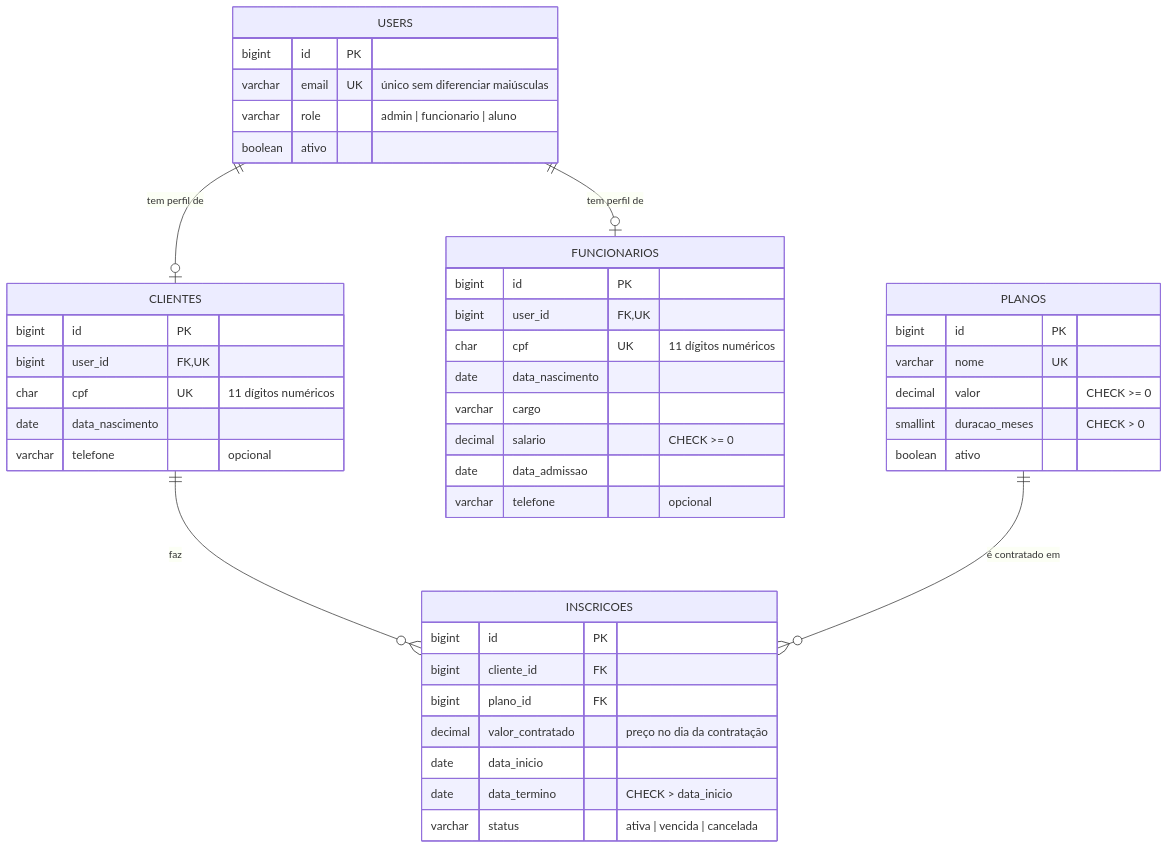
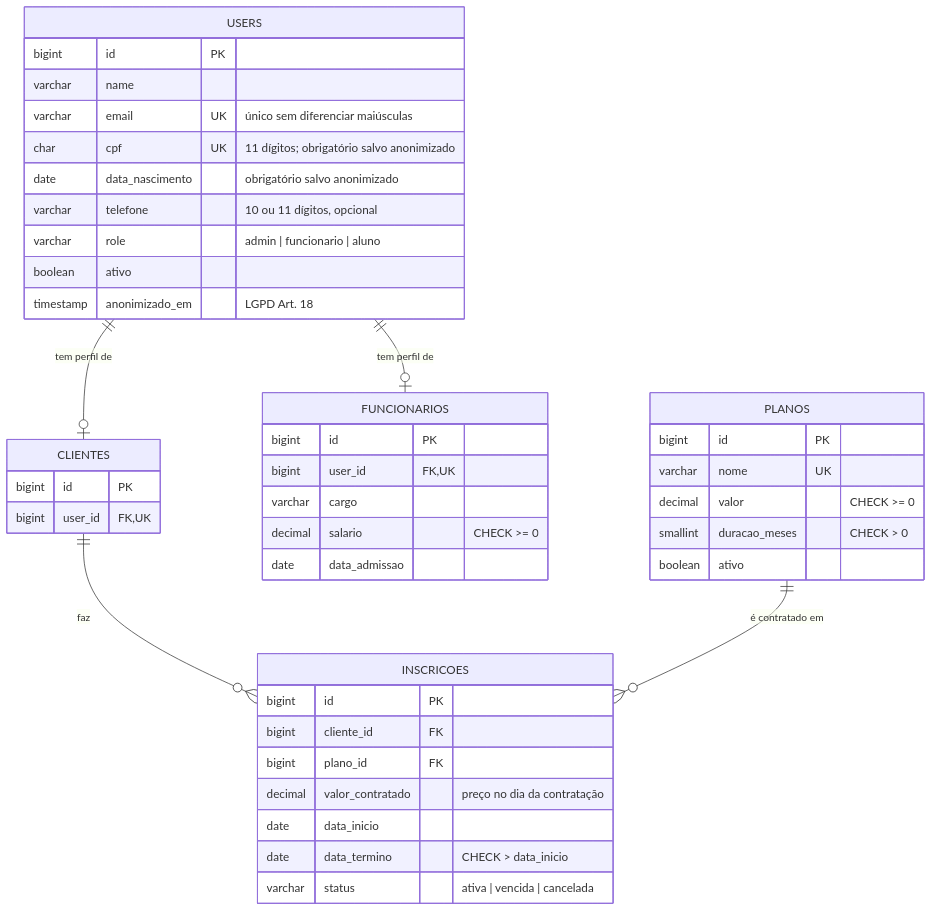
Before and after one commit to Gustalluis/FitnessFusion: the diagram in docs/modelo-dados.md, drawn with Mermaid. The commit also changed other lines of this file and 17 other files, not shown here.

````diff
--- a/docs/modelo-dados.md
+++ b/docs/modelo-dados.md
@@ -11,47 +11,46 @@
 ```mermaid
 erDiagram
     USERS ||--o| CLIENTES : "tem perfil de"
     USERS ||--o| FUNCIONARIOS : "tem perfil de"
     CLIENTES ||--o{ INSCRICOES : "faz"
     PLANOS ||--o{ INSCRICOES : "é contratado em"
 
     USERS {
         bigint id PK
+        varchar name
         varchar email UK "único sem diferenciar maiúsculas"
+        char cpf UK "11 dígitos; obrigatório salvo anonimizado"
+        date data_nascimento "obrigatório salvo anonimizado"
+        varchar telefone "10 ou 11 dígitos, opcional"
         varchar role "admin | funcionario | aluno"
         boolean ativo
+        timestamp anonimizado_em "LGPD Art. 18"
     }
     PLANOS {
         bigint id PK
         varchar nome UK
         decimal valor "CHECK >= 0"
         smallint duracao_meses "CHECK > 0"
         boolean ativo
     }
     CLIENTES {
         bigint id PK
         bigint user_id FK, UK
-        char cpf UK "11 dígitos numéricos"
-        date data_nascimento
-        varchar telefone "opcional"
     }
     FUNCIONARIOS {
         bigint id PK
         bigint user_id FK, UK
-        char cpf UK "11 dígitos numéricos"
-        date data_nascimento
         varchar cargo
         decimal salario "CHECK >= 0"
         date data_admissao
-        varchar telefone "opcional"
     }
     INSCRICOES {
         bigint id PK
         bigint cliente_id FK
         bigint plano_id FK
         decimal valor_contratado "preço no dia da contratação"
         date data_inicio
         date data_termino "CHECK > data_inicio"
         varchar status "ativa | vencida | cancelada"
     }
 ```
````
